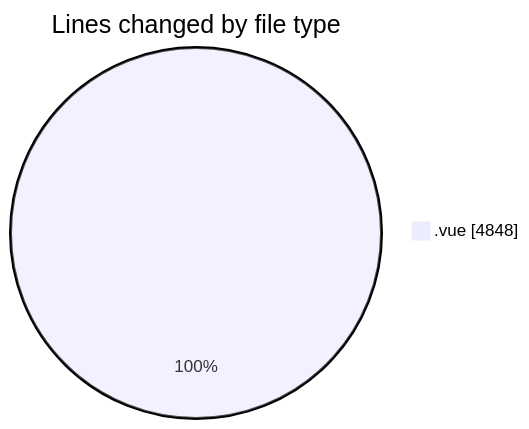
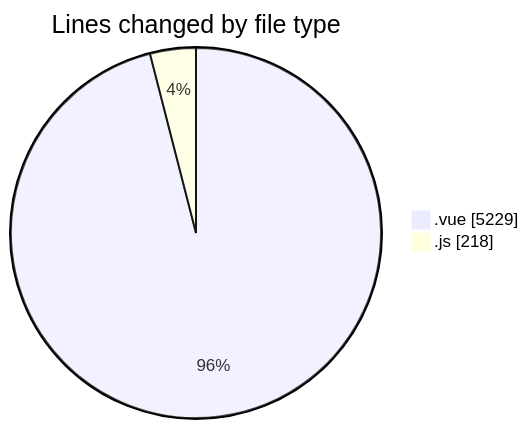
One commit to lephambinh05/code-tracking changed the first of 2 diagrams in 2025-08-14/rentotp/README.md. Above: the diagram before and after it, drawn with Mermaid. The commit also changed other lines of this file and 1 other file, not shown here.

````diff
--- a/2025-08-14/rentotp/README.md
+++ b/2025-08-14/rentotp/README.md
@@ -22,5 +24,6 @@
 ```mermaid
 pie showData
 title Lines changed by file type
-".vue" : 4848
+".vue" : 5229
+".js" : 218
 ```
````
